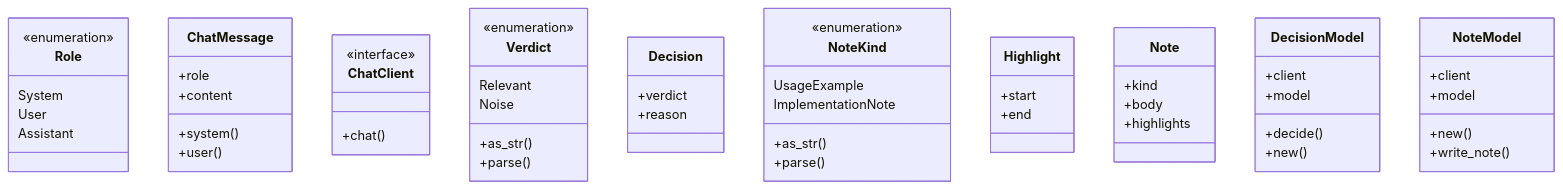
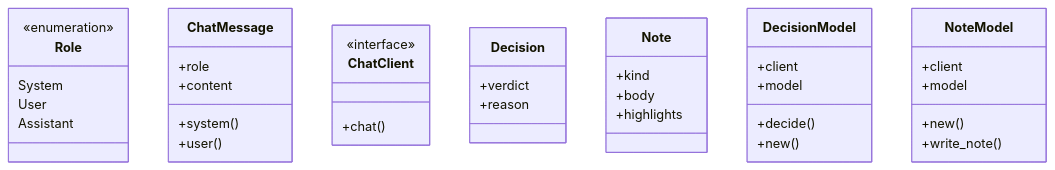
The first of 3 diagrams in docs/self-model/robby_agent/model/index.md (RyanGuild/self-describing-code), drawn with Mermaid before and after one commit. The commit also changed other lines of this file and 747 other files, not shown here.

````diff
--- a/docs/self-model/robby_agent/model/index.md
+++ b/docs/self-model/robby_agent/model/index.md
@@ -14,58 +14,40 @@
 ```mermaid
 classDiagram
     class Role {
         <<enumeration>>
         System
         User
         Assistant
     }
     class ChatMessage {
         +role
         +content
         +system()
         +user()
     }
     class ChatClient {
         <<interface>>
         +chat()
     }
-    class Verdict {
-        <<enumeration>>
-        Relevant
-        Noise
-        +as_str()
-        +parse()
-    }
     class Decision {
         +verdict
         +reason
-    }
-    class NoteKind {
-        <<enumeration>>
-        UsageExample
-        ImplementationNote
-        +as_str()
-        +parse()
-    }
-    class Highlight {
-        +start
-        +end
     }
     class Note {
         +kind
         +body
         +highlights
     }
     class DecisionModel {
         +client
         +model
         +decide()
         +new()
     }
     class NoteModel {
         +client
         +model
         +new()
         +write_note()
     }
 ```
````
